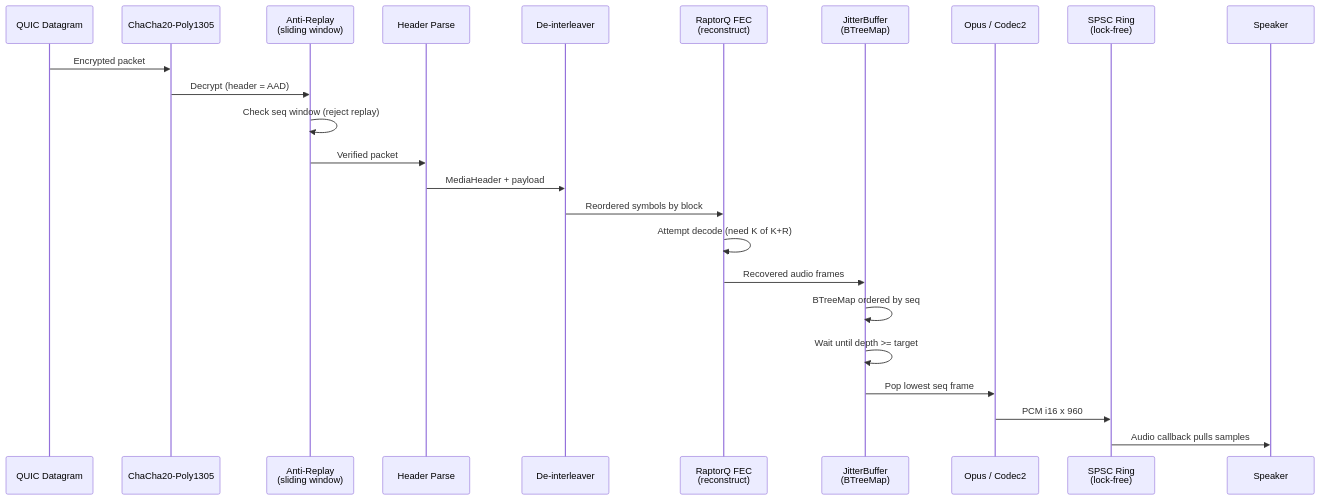
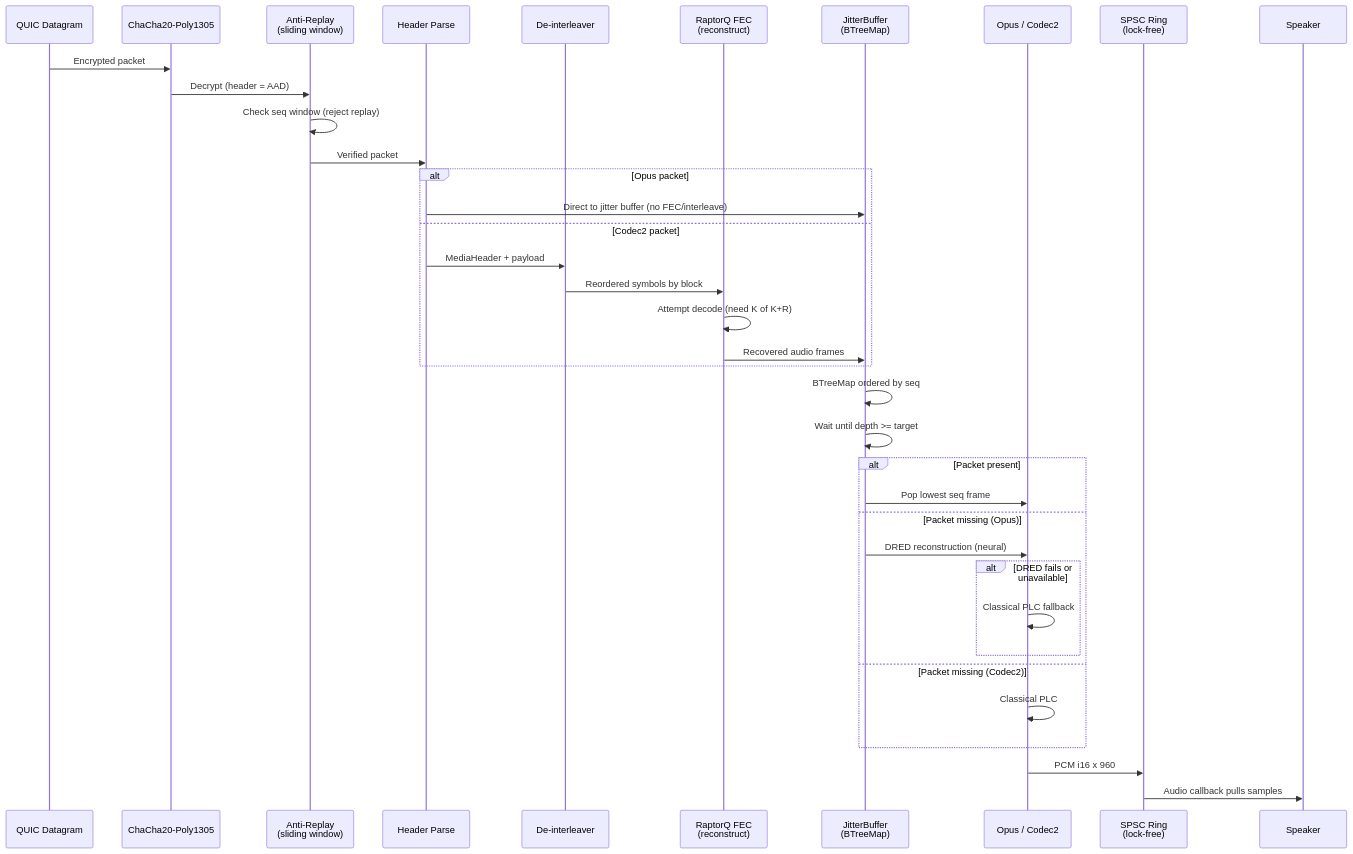
The fourth of 19 diagrams in docs/ARCHITECTURE.md (manawenuz/wzp), drawn with Mermaid before and after one commit. The commit also changed other lines of this file and 18 other files, not shown here.

First line of the commit message:
feat(dred): continuous DRED tuning, PMTUD, extended Opus6k window

````diff
--- a/docs/ARCHITECTURE.md
+++ b/docs/ARCHITECTURE.md
@@ -140,27 +154,44 @@
 ```mermaid
 sequenceDiagram
     participant QUIC as QUIC Datagram
     participant Dec as ChaCha20-Poly1305
     participant AR as Anti-Replay<br/>(sliding window)
     participant HDR as Header Parse
     participant DEINT as De-interleaver
     participant FEC as RaptorQ FEC<br/>(reconstruct)
     participant JIT as JitterBuffer<br/>(BTreeMap)
     participant Codec as Opus / Codec2
     participant Ring as SPSC Ring<br/>(lock-free)
     participant SPK as Speaker
 
     QUIC->>Dec: Encrypted packet
     Dec->>AR: Decrypt (header = AAD)
     AR->>AR: Check seq window (reject replay)
     AR->>HDR: Verified packet
-    HDR->>DEINT: MediaHeader + payload
-    DEINT->>FEC: Reordered symbols by block
-    FEC->>FEC: Attempt decode (need K of K+R)
-    FEC->>JIT: Recovered audio frames
+
+    alt Opus packet
+        HDR->>JIT: Direct to jitter buffer (no FEC/interleave)
+    else Codec2 packet
+        HDR->>DEINT: MediaHeader + payload
+        DEINT->>FEC: Reordered symbols by block
+        FEC->>FEC: Attempt decode (need K of K+R)
+        FEC->>JIT: Recovered audio frames
+    end
+
     JIT->>JIT: BTreeMap ordered by seq
     JIT->>JIT: Wait until depth >= target
-    JIT->>Codec: Pop lowest seq frame
+
+    alt Packet present
+        JIT->>Codec: Pop lowest seq frame
+    else Packet missing (Opus)
+        JIT->>Codec: DRED reconstruction (neural)
+        alt DRED fails or unavailable
+            Codec->>Codec: Classical PLC fallback
+        end
+    else Packet missing (Codec2)
+        Codec->>Codec: Classical PLC
+    end
+
     Codec->>Ring: PCM i16 x 960
     Ring->>SPK: Audio callback pulls samples
 ```
````
